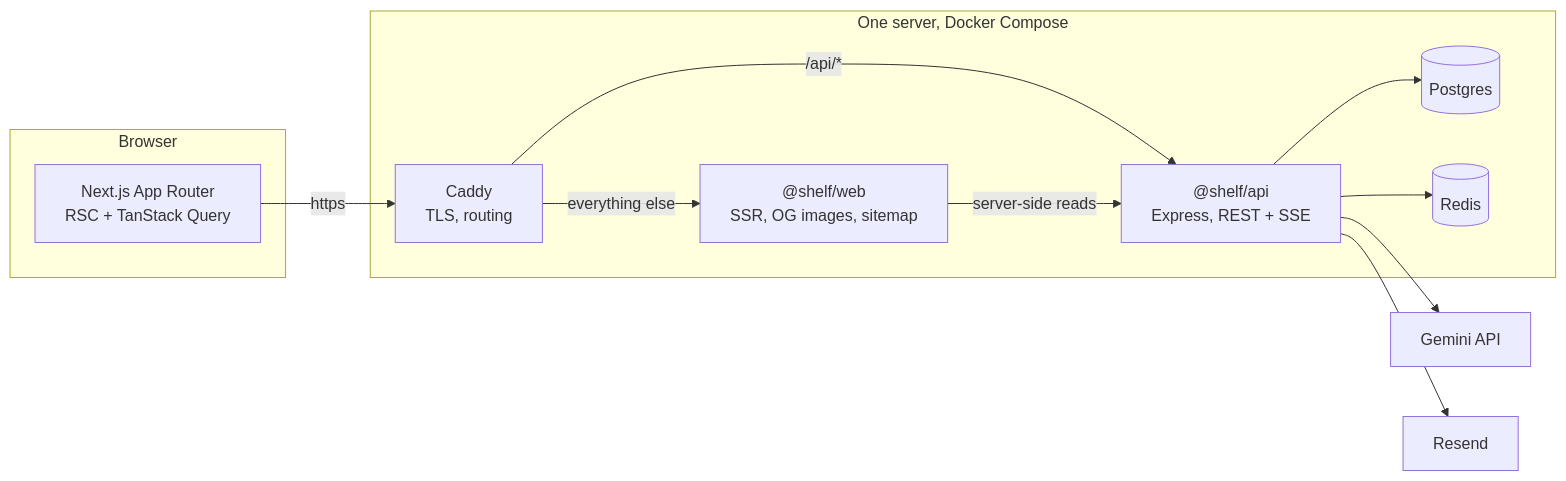
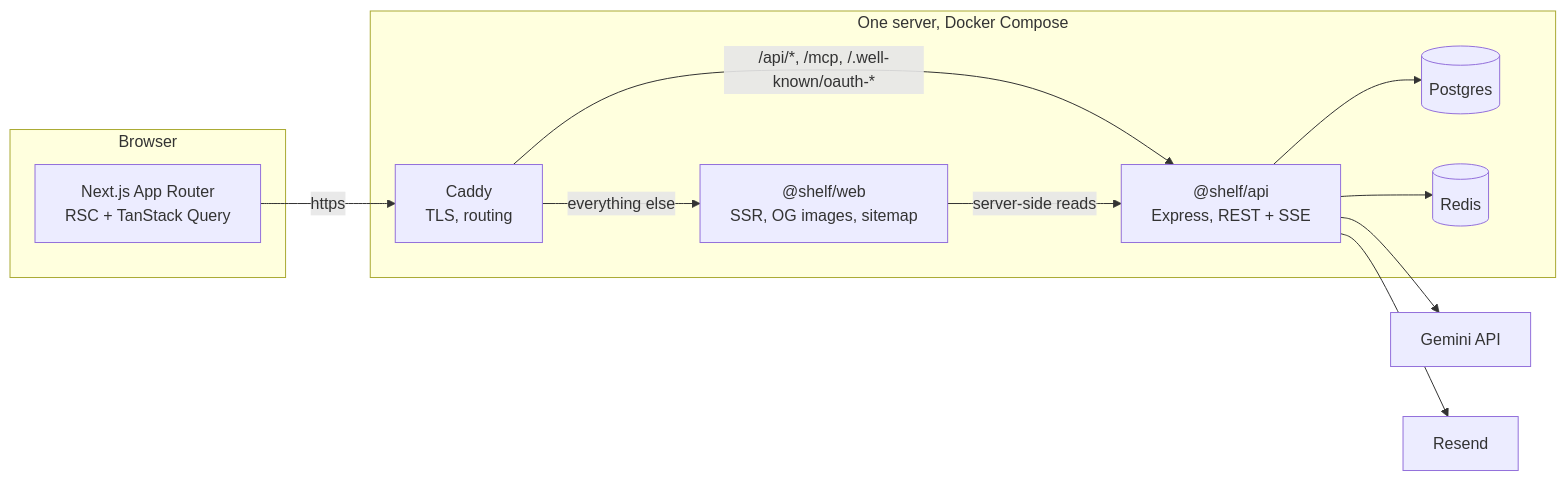
One commit to mhdajfer/Shelf changed the first of 2 diagrams in README.md. Above: the diagram before and after it, drawn with Mermaid. The commit also changed other lines of this file and 3 other files, not shown here.

First line of the commit message:
docs: document OAuth sign-in for MCP clients, and describe the server for the registry

````diff
--- a/README.md
+++ b/README.md
@@ -45,26 +45,26 @@
 ```mermaid
 flowchart LR
   subgraph Browser
     UI["Next.js App Router<br/>RSC + TanStack Query"]
   end
 
   subgraph "One server, Docker Compose"
     CADDY["Caddy<br/>TLS, routing"]
     WEB["@shelf/web<br/>SSR, OG images, sitemap"]
     API["@shelf/api<br/>Express, REST + SSE"]
     PG[("Postgres")]
     RD[("Redis")]
   end
 
   GEM["Gemini API"]
   MAIL["Resend"]
 
   UI -->|"https"| CADDY
-  CADDY -->|"/api/*"| API
+  CADDY -->|"/api/*, /mcp, /.well-known/oauth-*"| API
   CADDY -->|"everything else"| WEB
   WEB -->|"server-side reads"| API
   API --> PG
   API --> RD
   API --> GEM
   API --> MAIL
 ```
````
